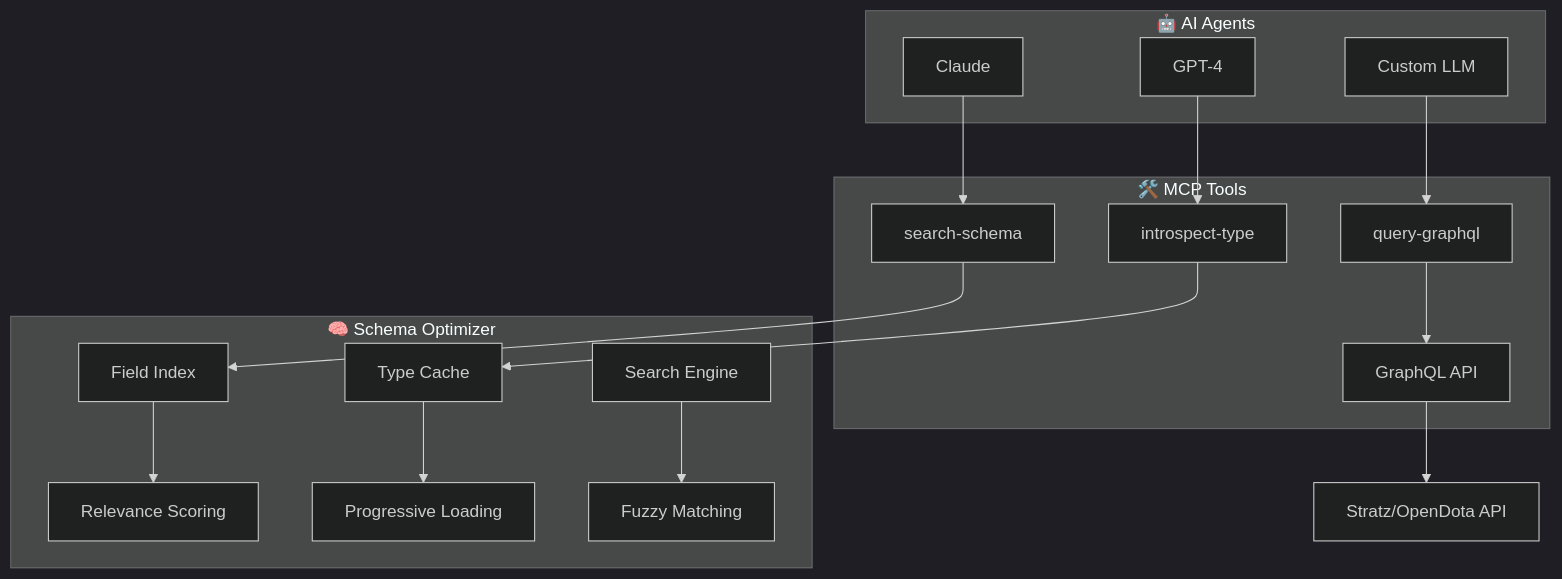
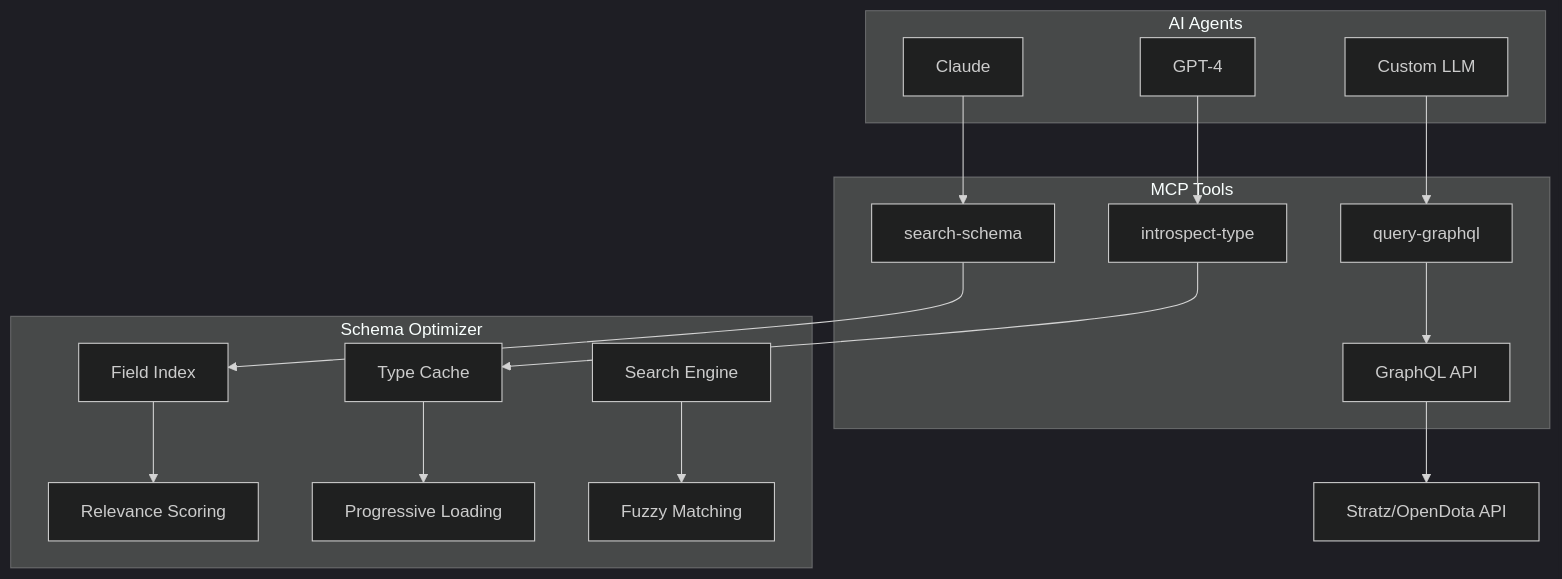
The diagram in README.md (vampire1337/OpenDotaMCP), drawn with Mermaid (dark theme) before and after one commit. The commit also changed other lines of this file, not shown here.

````diff
--- a/README.md
+++ b/README.md
@@ -201,22 +201,22 @@
 ```mermaid
 graph TB
-    subgraph "🧠 Schema Optimizer"
+    subgraph "Schema Optimizer"
         A[Field Index] --> B[Relevance Scoring]
         C[Type Cache] --> D[Progressive Loading]
         E[Search Engine] --> F[Fuzzy Matching]
     end
     
-    subgraph "🛠️ MCP Tools"
+    subgraph "MCP Tools"
         G[search-schema] --> A
         H[introspect-type] --> C
         I[query-graphql] --> J[GraphQL API]
     end
     
-    subgraph "🤖 AI Agents"
+    subgraph "AI Agents"
         K[Claude] --> G
         L[GPT-4] --> H
         M[Custom LLM] --> I
     end
     
     J --> N[Stratz/OpenDota API]
 ```
````
